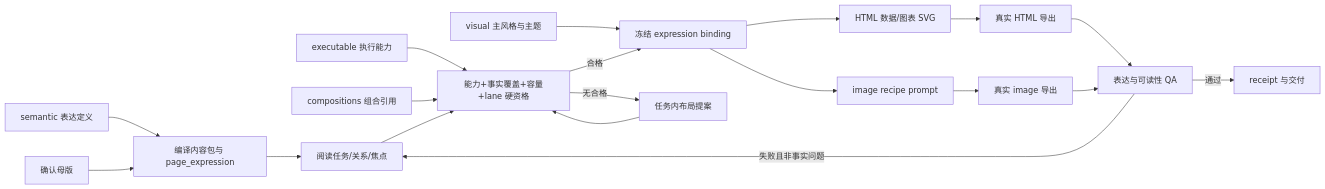
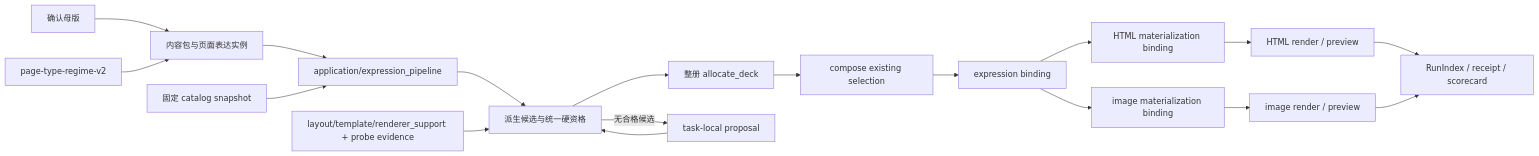
One commit to leo-kuang-ai/leo-skills changed the second of 5 diagrams in docs/plans/2026-09-11-004-feat-leo-ppt-expression-first-plan.md. Above: the diagram before and after it, drawn with Mermaid. The commit also changed other lines of this file and 43 other files, not shown here.

````diff
--- a/docs/plans/2026-09-11-004-feat-leo-ppt-expression-first-plan.md
+++ b/docs/plans/2026-09-11-004-feat-leo-ppt-expression-first-plan.md
@@ -333,21 +283,20 @@
 ```mermaid
 flowchart LR
-  S[semantic 表达定义] --> P
-  V[visual 主风格与主题] --> B
-  E[executable 执行能力] --> C
-  O[compositions 组合引用] --> C
-  M[确认母版] --> P[编译内容包与 page_expression]
-  P --> I[阅读任务/关系/焦点]
-  I --> C[能力+事实覆盖+容量+lane 硬资格]
-  C -->|合格| B[冻结 expression binding]
-  C -->|无合格| T[任务内布局提案]
-  T --> C
-  B --> H[HTML 数据/图表 SVG]
-  B --> G[image recipe prompt]
-  H --> R[真实 HTML 导出]
-  G --> R2[真实 image 导出]
-  R --> Q[表达与可读性 QA]
-  R2 --> Q
-  Q -->|失败且非事实问题| I
-  Q -->|通过| D[receipt 与交付]
+  M[确认母版] --> P[内容包与页面表达实例]
+  G[page-type-regime-v2] --> P
+  P --> O[application/expression_pipeline]
+  C[固定 catalog snapshot] --> O
+  O --> Q[派生候选与统一硬资格]
+  E[layout/template/renderer_support + probe evidence] --> Q
+  Q --> A[整册 allocate_deck]
+  A --> D[compose existing selection]
+  D --> X[expression binding]
+  X --> H[HTML materialization binding]
+  X --> I[image materialization binding]
+  H --> R1[HTML render / preview]
+  I --> R2[image render / preview]
+  R1 --> F[RunIndex / receipt / scorecard]
+  R2 --> F
+  Q -->|无合格候选| T[task-local proposal]
+  T --> Q
 ```
````
